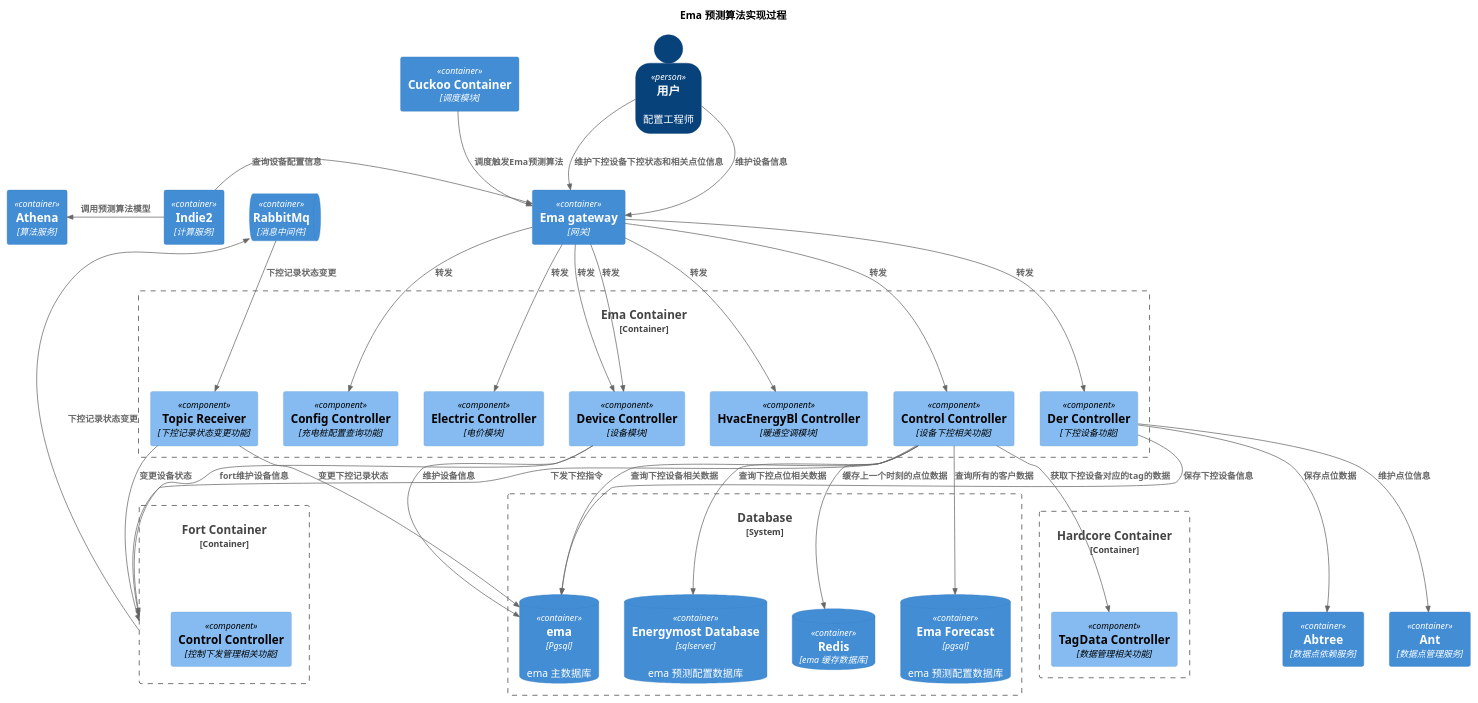
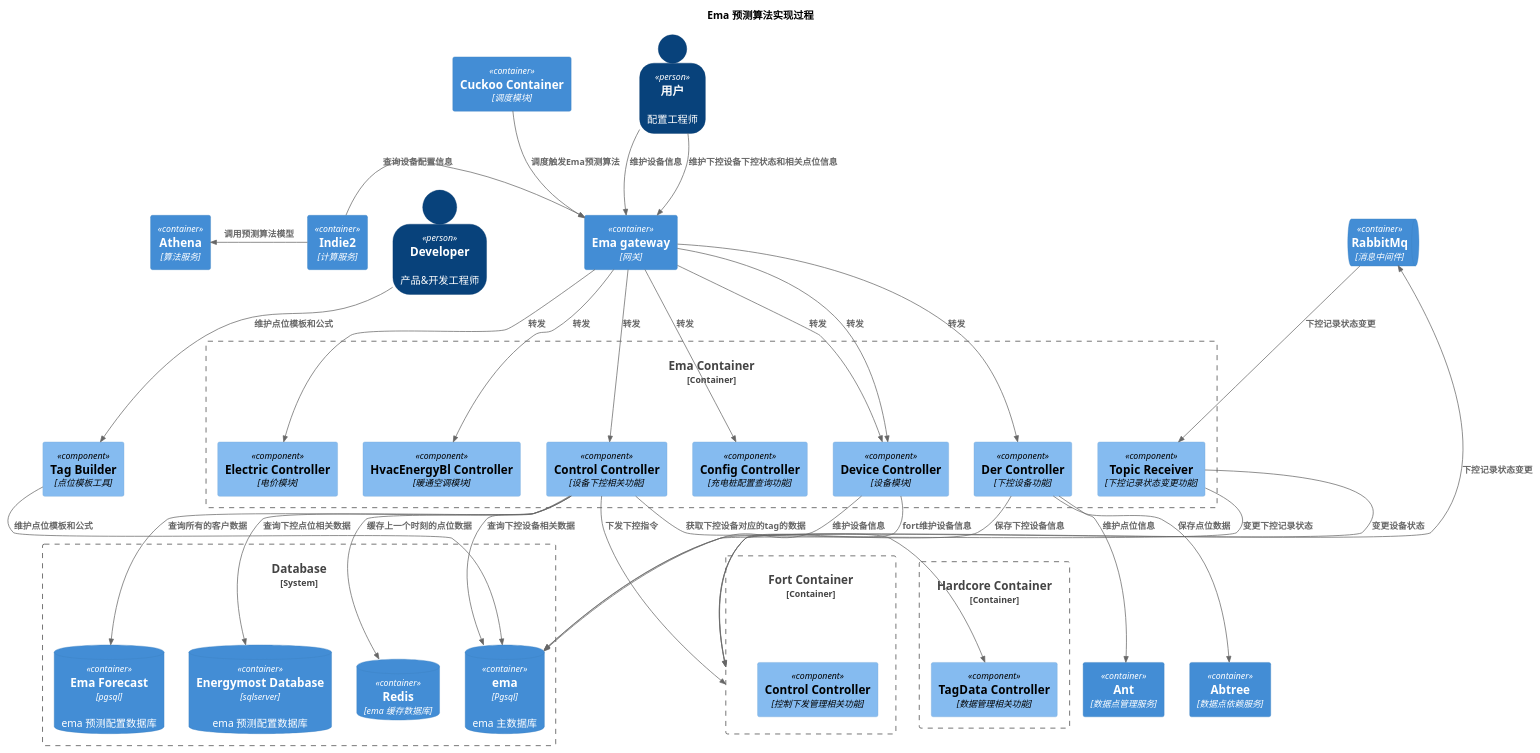
One commit to 0shuibo/C4-UML changed the diagram in c4-ema/ema_component_预测算法.puml. Above: the diagram before and after it, drawn with PlantUML.

Commit message:
提交C4图

```diff
--- a/c4-ema/ema_component_预测算法.puml
+++ b/c4-ema/ema_component_预测算法.puml
@@ -1,103 +1,103 @@
 @startuml 设备台账
 !include ../C4_Component.puml
 
 LAYOUT_TOP_DOWN()
 SHOW_PERSON_OUTLINE()
 
 title Ema 预测算法实现过程
 ' 预测算法相关内容
 Container(cuckoo, "Cuckoo Container","调度模块")
 
 Container(emaGateway, "Ema gateway","网关")
 
 Container_Boundary(ema, "Ema Container") {
     Component(emaControl, "Control Controller", "设备下控相关功能")
     Component(topicReceiver, "Topic Receiver", "下控记录状态变更功能")
     Component(configModule, "Config Controller", "充电桩配置查询功能")
     Component(electricModule, "Electric Controller", "电价模块")
     Component(deviceModule, "Device Controller", "设备模块")
     Component(HvacEnergyBlModule, "HvacEnergyBl Controller", "暖通空调模块")
     Component(DerModule, "Der Controller", "下控设备功能")
 }
 
 Container_Boundary(hardcore, "Hardcore Container") {
     Component(tagManager, "TagData Controller", "数据管理相关功能")
 }
 
 
 Container_Boundary(fort, "Fort Container") {
     Component(ticketBff, "Control Controller", "控制下发管理相关功能")
 }
 
 System_Boundary(emaDatabase, "Database") {
     ContainerDb(emaForecast, "Ema Forecast", "pgsql", "ema 预测配置数据库")
     ContainerDb(emaDb, "ema", "Pgsql", "ema 主数据库")
     ContainerDb(energymostDb, "Energymost Database", "sqlserver", "ema 预测配置数据库")
     ContainerDb(redis, "Redis", "ema 缓存数据库")
 }
 
 ContainerQueue(rabbitMq, "RabbitMq", "消息中间件")
 
 Container(athena, "Athena", "算法服务")
 Container(indie2, "Indie2", "计算服务")
 Container(ant, "Ant", "数据点管理服务")
 Container(abtree, "Abtree", "数据点依赖服务")
 
 ' 下控依赖关系
 Rel_D(cuckoo,emaGateway,"调度触发Ema预测算法","")
 Rel_D(emaGateway,emaControl,"转发","")
 Rel_D(emaControl,emaForecast,"查询所有的客户数据","")
 Rel_D(emaControl,emaDb,"查询下控设备相关数据","")
 Rel_D(emaControl,energymostDb,"查询下控点位相关数据","")
 Rel_D(emaControl,tagManager,"获取下控设备对应的tag的数据","")
 Rel_D(emaControl,redis,"缓存上一个时刻的点位数据","")
 Rel_D(emaControl,fort,"下发下控指令","")
 Rel_D(rabbitMq,topicReceiver,"下控记录状态变更","")
 Rel_D(fort,rabbitMq,"下控记录状态变更","")
 
 Rel_R(indie2,emaGateway,"查询设备配置信息","")
 Rel_R(emaGateway,configModule,"转发","")
 ' Rel_R(indie2,emaGateway,"查询电价配置","")
 Rel_R(emaGateway,electricModule,"转发","")
 ' Rel_R(indie2,emaGateway,"查询设备配置","")
 Rel_R(emaGateway,deviceModule,"转发","")
 ' Rel_R(indie2,emaGateway,"查询暖通空调配置","")
 Rel_R(emaGateway,HvacEnergyBlModule,"转发","")
 Rel_L(indie2,athena,"调用预测算法模型","")
 Rel_D(topicReceiver,fort,"变更设备状态","")
 Rel_D(topicReceiver,emaDb,"变更下控记录状态","")
 
 '预测算法配置功能
 Person(configUser, "用户", "配置工程师")
 
 
 ' Container_Boundary(userAuth, "UserAuth Container") {
 '     Component(emaControl, "Control Controller", "设备下控相关功能")
 ' }
 
 
 '配置依赖关系
 Rel_D(configUser,emaGateway,"维护设备信息","")
 Rel_D(emaGateway,deviceModule,"转发","")
 Rel_D(deviceModule,emaDb,"维护设备信息","")
 Rel_D(deviceModule,fort,"fort维护设备信息","")
 
 Rel_D(configUser,emaGateway,"维护下控设备下控状态和相关点位信息","")
 Rel_D(emaGateway,DerModule,"转发","")
 Rel_D(DerModule,ant,"维护点位信息","")
 Rel_D(DerModule,emaDb,"保存下控设备信息","")
 Rel_D(DerModule,abtree,"保存点位数据","")
 
 
 
+' 点位模板配置
+Person(developer, "Developer", "产品&开发工程师")
 
+Component(tagBuilder, "Tag Builder", "点位模板工具")
 
-
-
-
-
-
+Rel_D(developer,tagBuilder,"维护点位模板和公式","")
+Rel_D(tagBuilder,emaDb,"维护点位模板和公式","")
 
 
 
 @enduml
```
